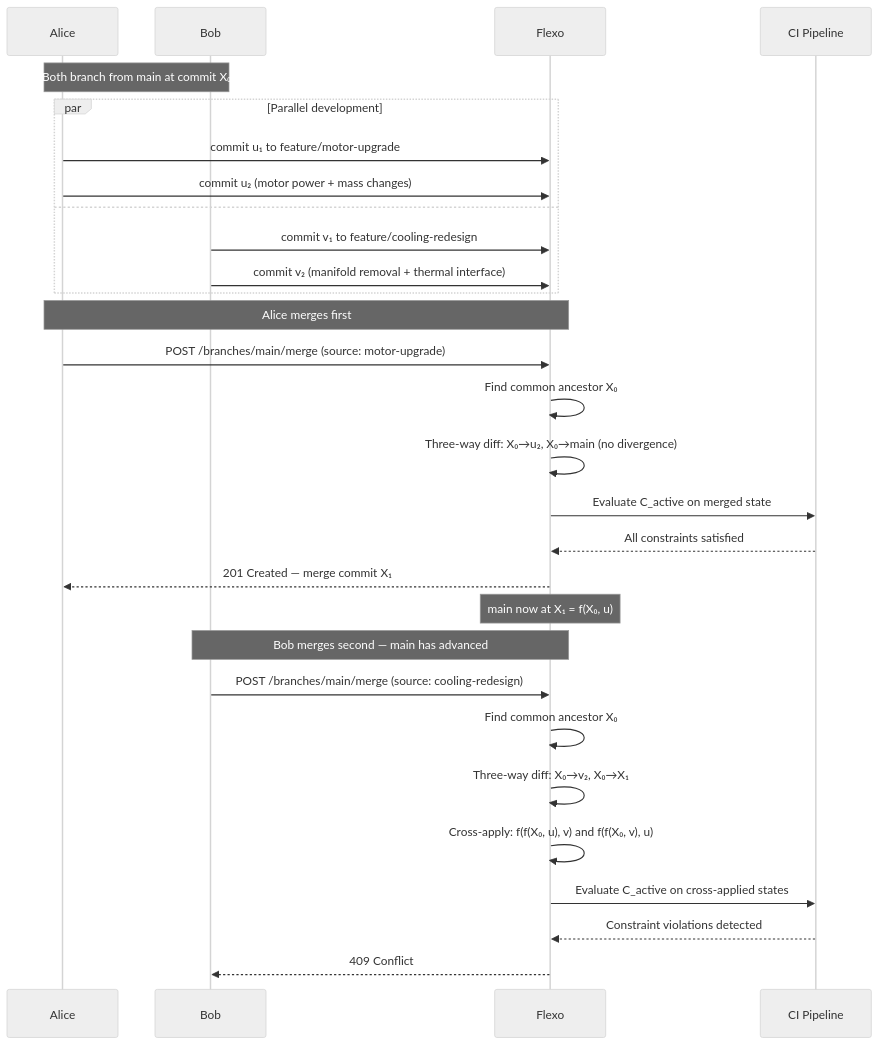
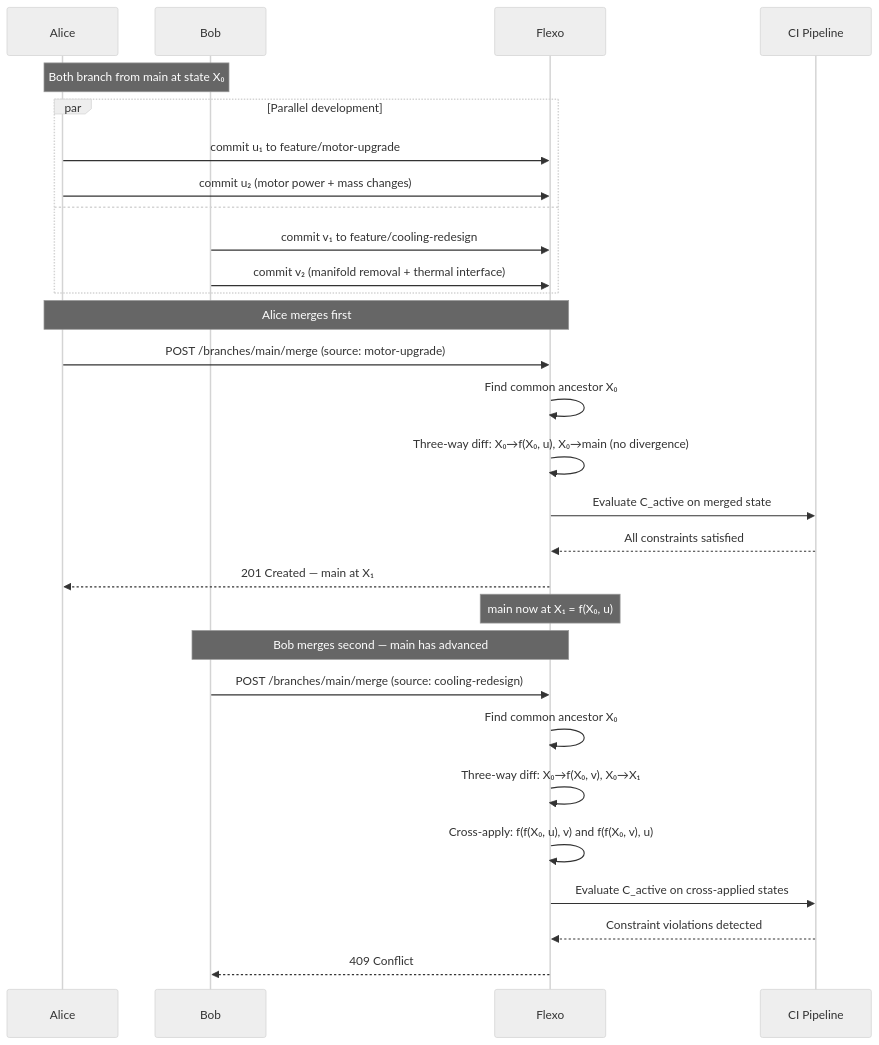
One commit to mzargham/flexo-conflict-resolution-policy-research changed the first of 6 diagrams in A Policy-based Approach to Model Lifecycle Management with Flexo.md. Above: the diagram before and after it, drawn with Mermaid (neutral theme). The commit also changed other lines of this file, not shown here.

Commit message:
Distinguish commits from states in diagram notation
Replace commit labels (u₂, v₂) with explicit state expressions
f(X₀, u), f(X₀, v) where model states are meant. Add notation
paragraph clarifying the distinction: u, v are commits (control
inputs); X₀, X₁ are model states (snapshots).

````diff
--- a/A Policy-based Approach to Model Lifecycle Management with Flexo.md
+++ b/A Policy-based Approach to Model Lifecycle Management with Flexo.md
@@ -38,37 +38,37 @@
 ```mermaid
 sequenceDiagram
     participant A as Alice
     participant B as Bob
     participant F as Flexo
     participant CI as CI Pipeline
 
-    Note over A, B: Both branch from main at commit X₀
+    Note over A, B: Both branch from main at state X₀
 
     par Parallel development
         A->>F: commit u₁ to feature/motor-upgrade
         A->>F: commit u₂ (motor power + mass changes)
     and
         B->>F: commit v₁ to feature/cooling-redesign
         B->>F: commit v₂ (manifold removal + thermal interface)
     end
 
     Note over A, F: Alice merges first
 
     A->>F: POST /branches/main/merge (source: motor-upgrade)
     F->>F: Find common ancestor X₀
-    F->>F: Three-way diff: X₀→u₂, X₀→main (no divergence)
+    F->>F: Three-way diff: X₀→f(X₀, u), X₀→main (no divergence)
     F->>CI: Evaluate C_active on merged state
     CI-->>F: All constraints satisfied
-    F-->>A: 201 Created — merge commit X₁
+    F-->>A: 201 Created — main at X₁
     Note over F: main now at X₁ = f(X₀, u)
 
     Note over B, F: Bob merges second — main has advanced
 
     B->>F: POST /branches/main/merge (source: cooling-redesign)
     F->>F: Find common ancestor X₀
-    F->>F: Three-way diff: X₀→v₂, X₀→X₁
+    F->>F: Three-way diff: X₀→f(X₀, v), X₀→X₁
     F->>F: Cross-apply: f(f(X₀, u), v) and f(f(X₀, v), u)
     F->>CI: Evaluate C_active on cross-applied states
     CI-->>F: Constraint violations detected
     F-->>B: 409 Conflict
 ```
````
